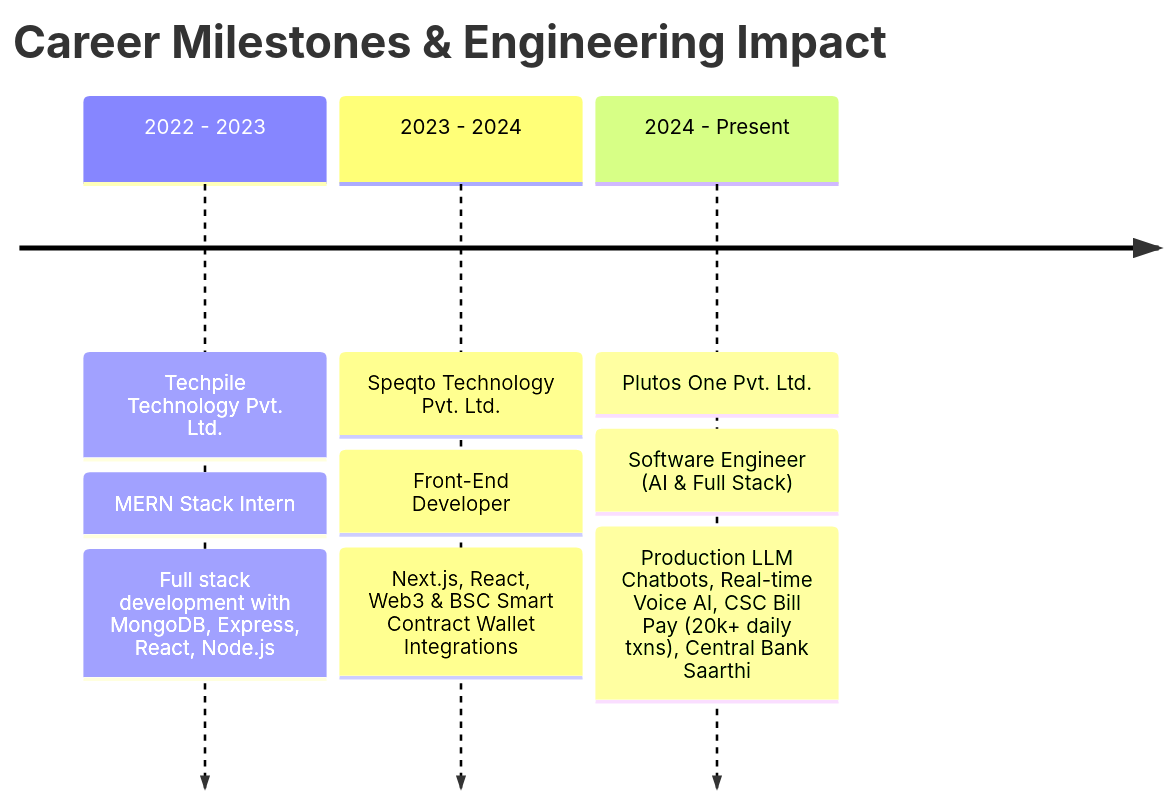
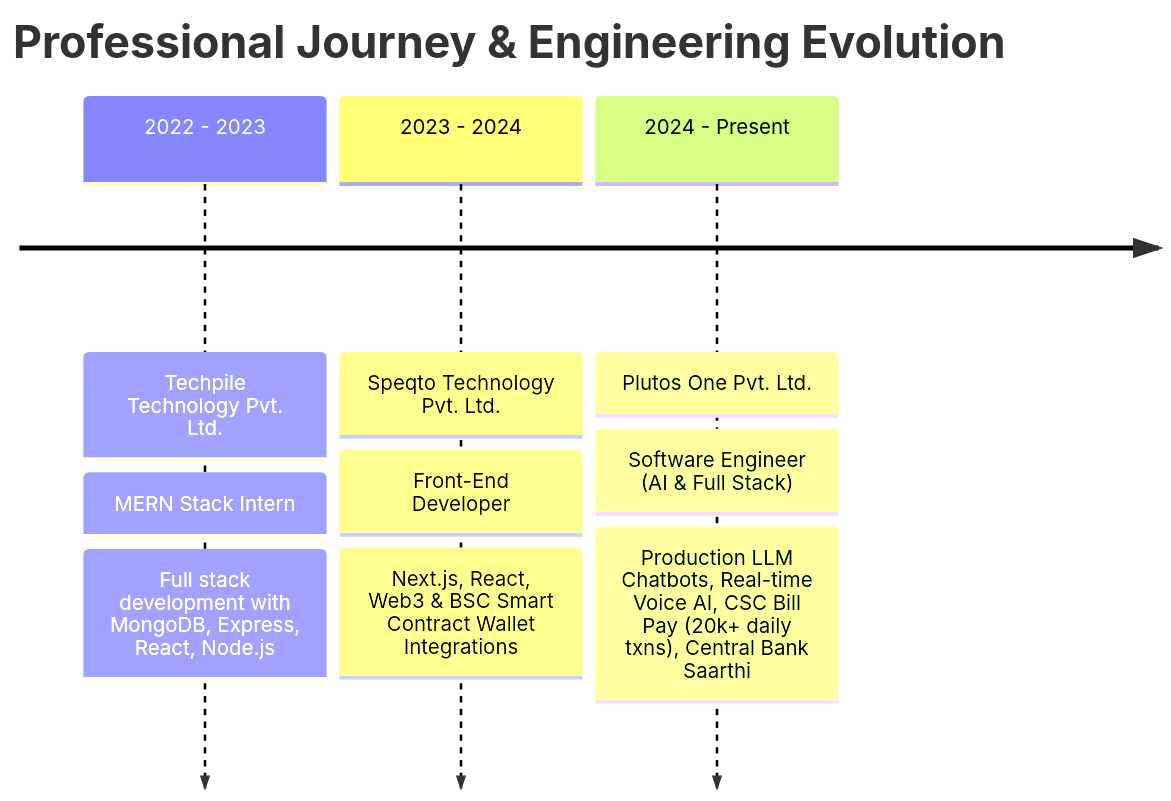
The third of 3 diagrams in README.md (satishchaubey/satishchaubey), drawn with Mermaid before and after one commit. The commit also changed other lines of this file and 1 other file, not shown here.

Commit message:
feat: add native vector hero banner and visual Mermaid system architecture flowcharts

````diff
--- a/README.md
+++ b/README.md
@@ -203,7 +251,7 @@
 ```mermaid
 timeline
-    title Career Milestones & Engineering Impact
+    title Professional Journey & Engineering Evolution
     2022 - 2023 : Techpile Technology Pvt. Ltd. : MERN Stack Intern : Full stack development with MongoDB, Express, React, Node.js
     2023 - 2024 : Speqto Technology Pvt. Ltd. : Front-End Developer : Next.js, React, Web3 & BSC Smart Contract Wallet Integrations
     2024 - Present : Plutos One Pvt. Ltd. : Software Engineer (AI & Full Stack) : Production LLM Chatbots, Real-time Voice AI, CSC Bill Pay (20k+ daily txns), Central Bank Saarthi
 ```
````
